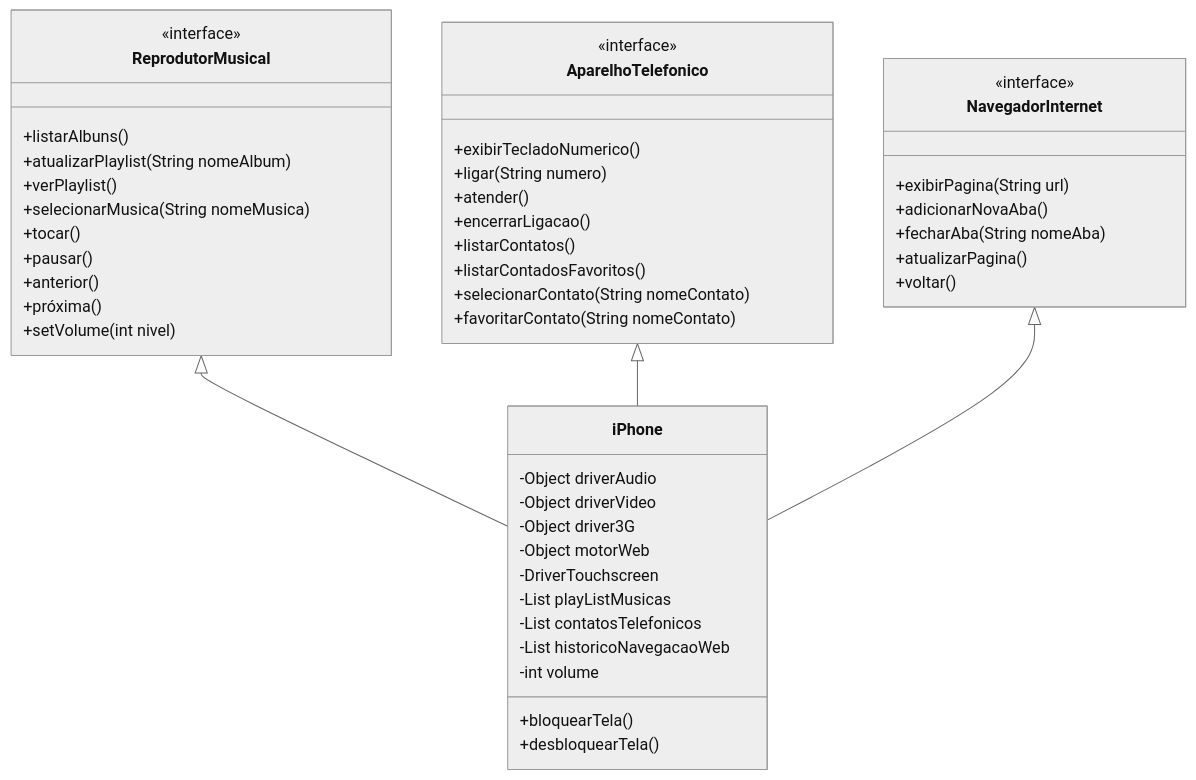
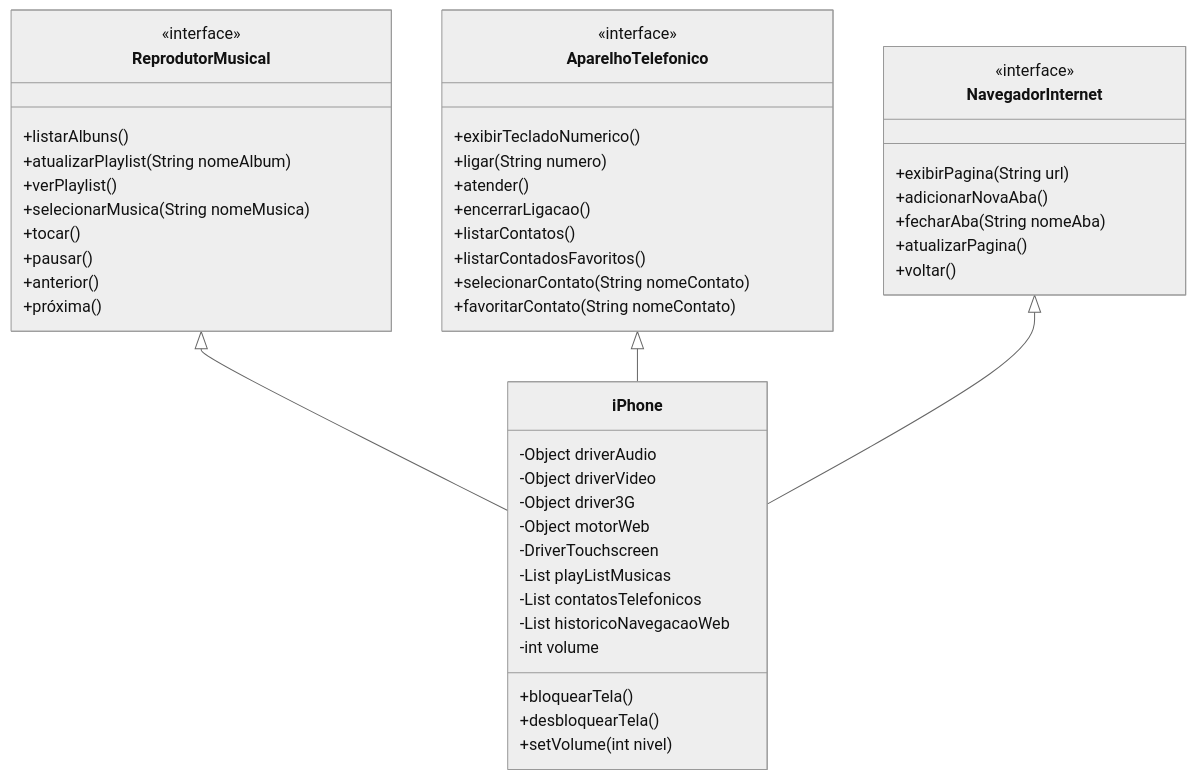
Before and after one commit to sanderworks/dio-lab-diagram: the diagram in README.md, drawn with Mermaid (neutral theme).

````diff
--- a/README.md
+++ b/README.md
@@ -5,55 +5,55 @@
 ```mermaid
 classDiagram
 
 class ReprodutorMusical {
 <<interface>>
     +listarAlbuns()
     +atualizarPlaylist(String nomeAlbum)
     +verPlaylist()
     +selecionarMusica(String nomeMusica)
     +tocar()
     +pausar()
     +anterior()
-    +próxima()       
-    +setVolume(int nivel)
+    +próxima() 
 }
 
 class AparelhoTelefonico {
 <<interface>>
     +exibirTecladoNumerico()
     +ligar(String numero)
     +atender()
     +encerrarLigacao()
     +listarContatos()
     +listarContadosFavoritos()
     +selecionarContato(String nomeContato)
     +favoritarContato(String nomeContato)
 }
 
 class NavegadorInternet {
 <<interface>>
     +exibirPagina(String url)
     +adicionarNovaAba()
     +fecharAba(String nomeAba)
     +atualizarPagina()
     +voltar()
 }
 
 class iPhone {
     -Object driverAudio
     -Object driverVideo
     -Object driver3G
     -Object motorWeb
     -DriverTouchscreen
     -List playListMusicas
     -List contatosTelefonicos
     -List historicoNavegacaoWeb
     -int volume
     +bloquearTela()
     +desbloquearTela()
+    +setVolume(int nivel)
 }
 
     ReprodutorMusical <|-- iPhone
     AparelhoTelefonico <|-- iPhone 
     NavegadorInternet <|-- iPhone
 ```
````
